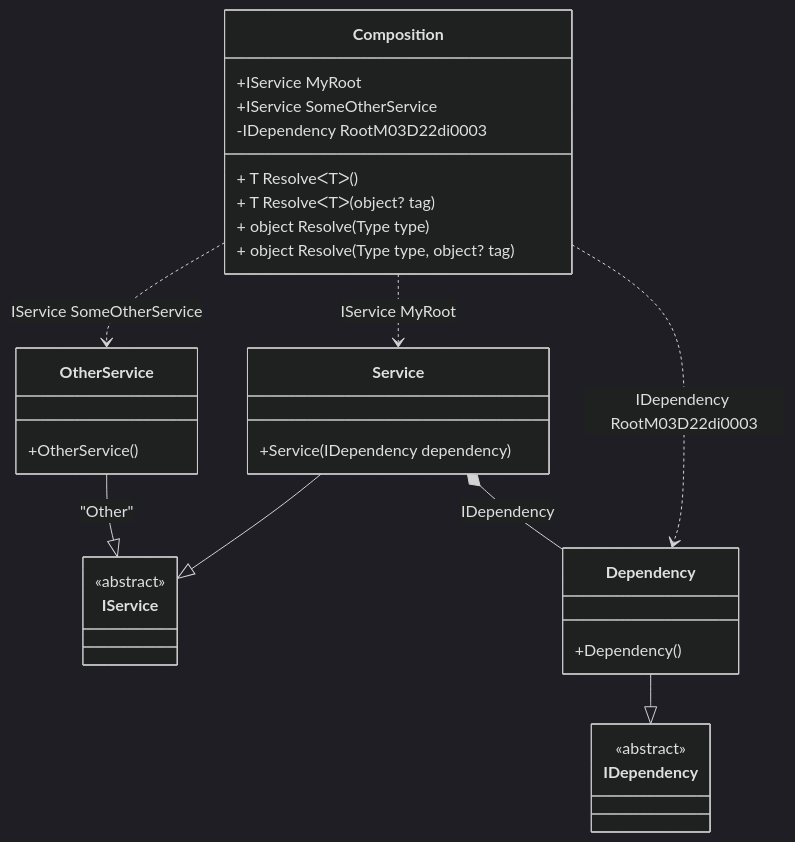
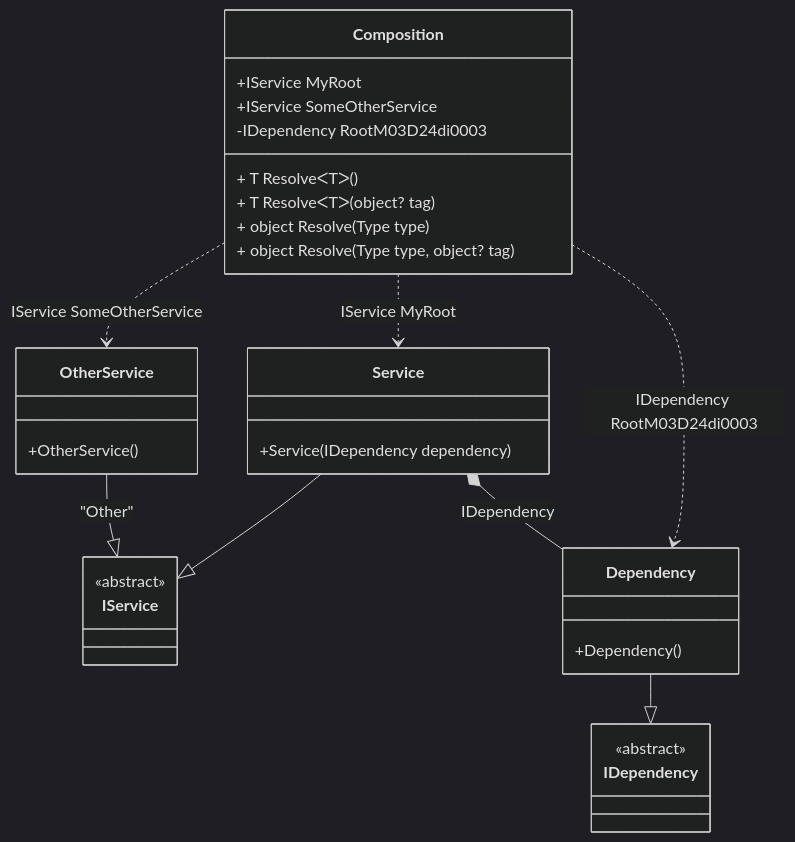
Before and after one commit to DevTeam/Pure.DI: the diagram in readme/composition-roots.md, drawn with Mermaid (dark theme). The commit also changed other lines of this file and 78 other files, not shown here.

````diff
--- a/readme/composition-roots.md
+++ b/readme/composition-roots.md
@@ -69,34 +69,34 @@
 ```mermaid
 classDiagram
   class Composition {
     +IService MyRoot
     +IService SomeOtherService
-    -IDependency RootM03D22di0003
+    -IDependency RootM03D24di0003
     + T ResolveᐸTᐳ()
     + T ResolveᐸTᐳ(object? tag)
     + object Resolve(Type type)
     + object Resolve(Type type, object? tag)
   }
   Service --|> IService : 
   class Service {
     +Service(IDependency dependency)
   }
   OtherService --|> IService : "Other" 
   class OtherService {
     +OtherService()
   }
   Dependency --|> IDependency : 
   class Dependency {
     +Dependency()
   }
   class IService {
     <<abstract>>
   }
   class IDependency {
     <<abstract>>
   }
   Service *--  Dependency : IDependency
   Composition ..> OtherService : IService SomeOtherService
   Composition ..> Service : IService MyRoot
-  Composition ..> Dependency : IDependency RootM03D22di0003
+  Composition ..> Dependency : IDependency RootM03D24di0003
 ```
````
